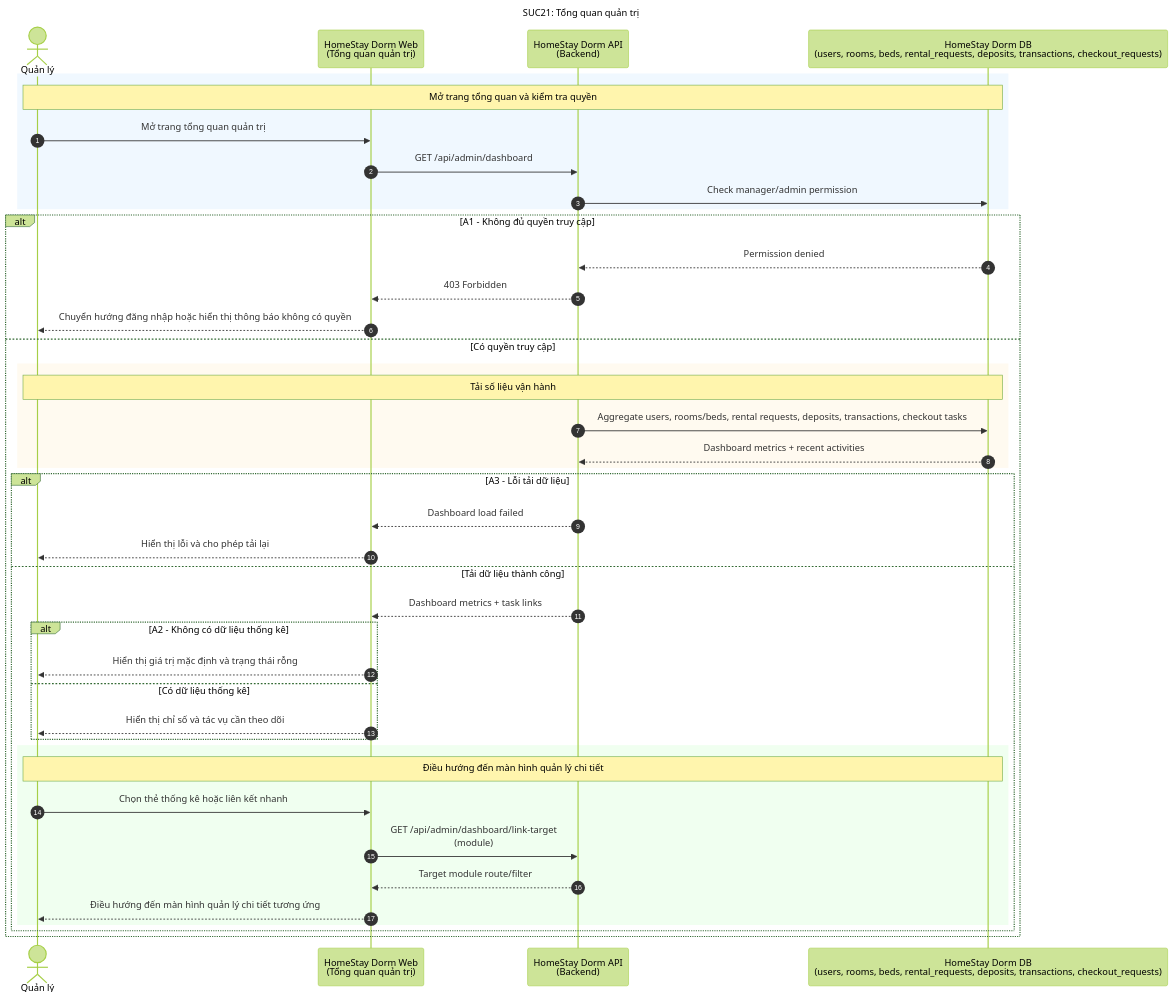
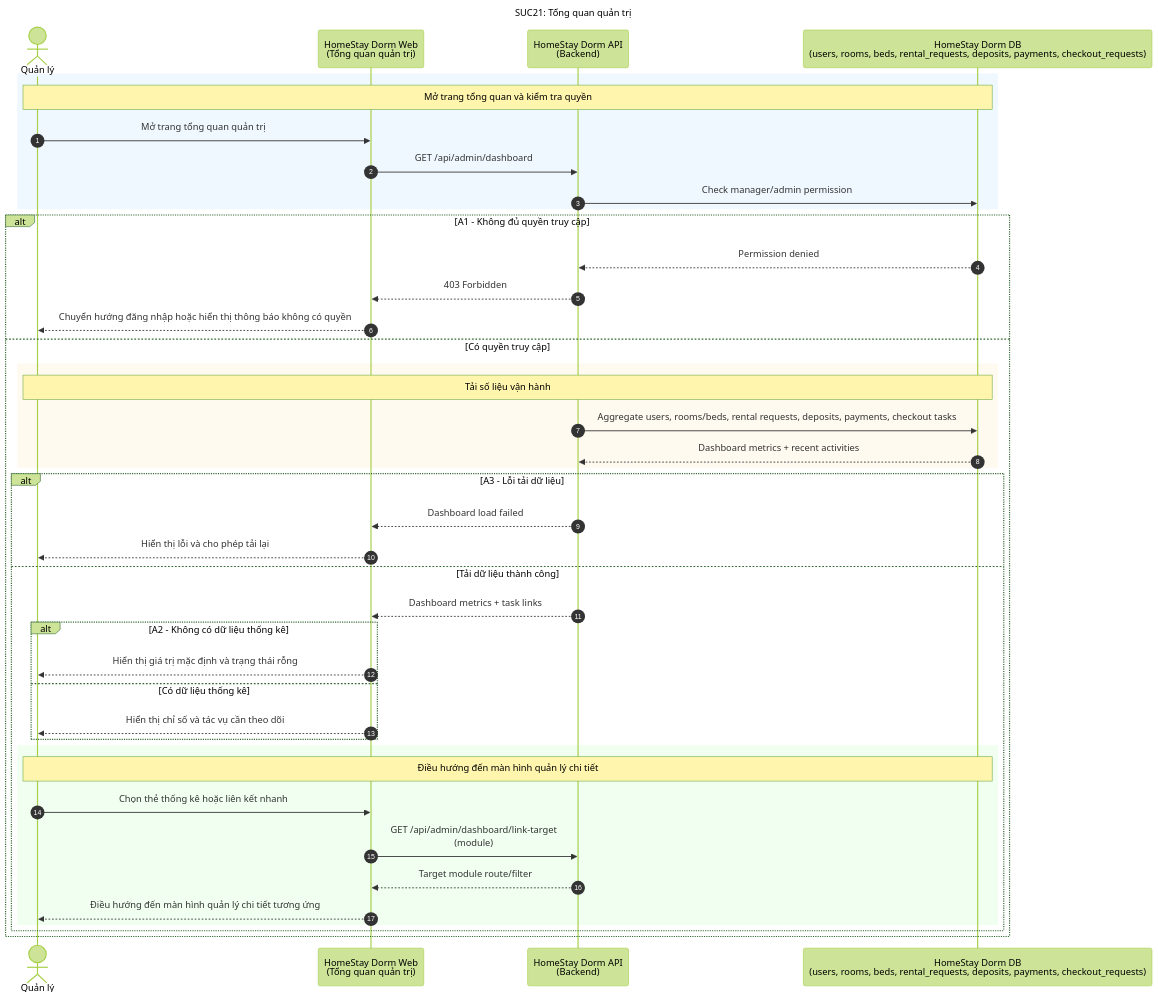
One commit to dinhdaivu/CSC12004_Information-Systems-Analysis-and-Design changed the diagram in docs/SUC/SUC21-tong-quan-quan-tri.mmd. Above: the diagram before and after it, drawn with Mermaid (forest theme). The commit also changed 30 other files, not shown here.

Commit message:
docs: change transactions to payments (#8)

```diff
--- a/docs/SUC/SUC21-tong-quan-quan-tri.mmd
+++ b/docs/SUC/SUC21-tong-quan-quan-tri.mmd
@@ -1,46 +1,46 @@
 sequenceDiagram
     title SUC21: Tổng quan quản trị
     autonumber
     actor M as Quản lý
     participant Web as HomeStay Dorm Web<br/>(Tổng quan quản trị)
     participant API as HomeStay Dorm API<br/>(Backend)
-    participant DB as HomeStay Dorm DB<br/>(users, rooms, beds, rental_requests, deposits, transactions, checkout_requests)
+    participant DB as HomeStay Dorm DB<br/>(users, rooms, beds, rental_requests, deposits, payments, checkout_requests)
 
     rect rgb(240, 248, 255)
         Note over M, DB: Mở trang tổng quan và kiểm tra quyền
         M->>Web: Mở trang tổng quan quản trị
         Web->>API: GET /api/admin/dashboard
         API->>DB: Check manager/admin permission
     end
 
     alt A1 - Không đủ quyền truy cập
         DB-->>API: Permission denied
         API-->>Web: 403 Forbidden
         Web-->>M: Chuyển hướng đăng nhập hoặc hiển thị thông báo không có quyền
     else Có quyền truy cập
         rect rgb(255, 250, 240)
             Note over M, DB: Tải số liệu vận hành
-            API->>DB: Aggregate users, rooms/beds, rental requests, deposits, transactions, checkout tasks
+            API->>DB: Aggregate users, rooms/beds, rental requests, deposits, payments, checkout tasks
             DB-->>API: Dashboard metrics + recent activities
         end
 
         alt A3 - Lỗi tải dữ liệu
             API-->>Web: Dashboard load failed
             Web-->>M: Hiển thị lỗi và cho phép tải lại
         else Tải dữ liệu thành công
             API-->>Web: Dashboard metrics + task links
             alt A2 - Không có dữ liệu thống kê
                 Web-->>M: Hiển thị giá trị mặc định và trạng thái rỗng
             else Có dữ liệu thống kê
                 Web-->>M: Hiển thị chỉ số và tác vụ cần theo dõi
             end
 
             rect rgb(240, 255, 240)
                 Note over M, DB: Điều hướng đến màn hình quản lý chi tiết
                 M->>Web: Chọn thẻ thống kê hoặc liên kết nhanh
                 Web->>API: GET /api/admin/dashboard/link-target<br/>(module)
                 API-->>Web: Target module route/filter
                 Web-->>M: Điều hướng đến màn hình quản lý chi tiết tương ứng
             end
         end
     end
```
